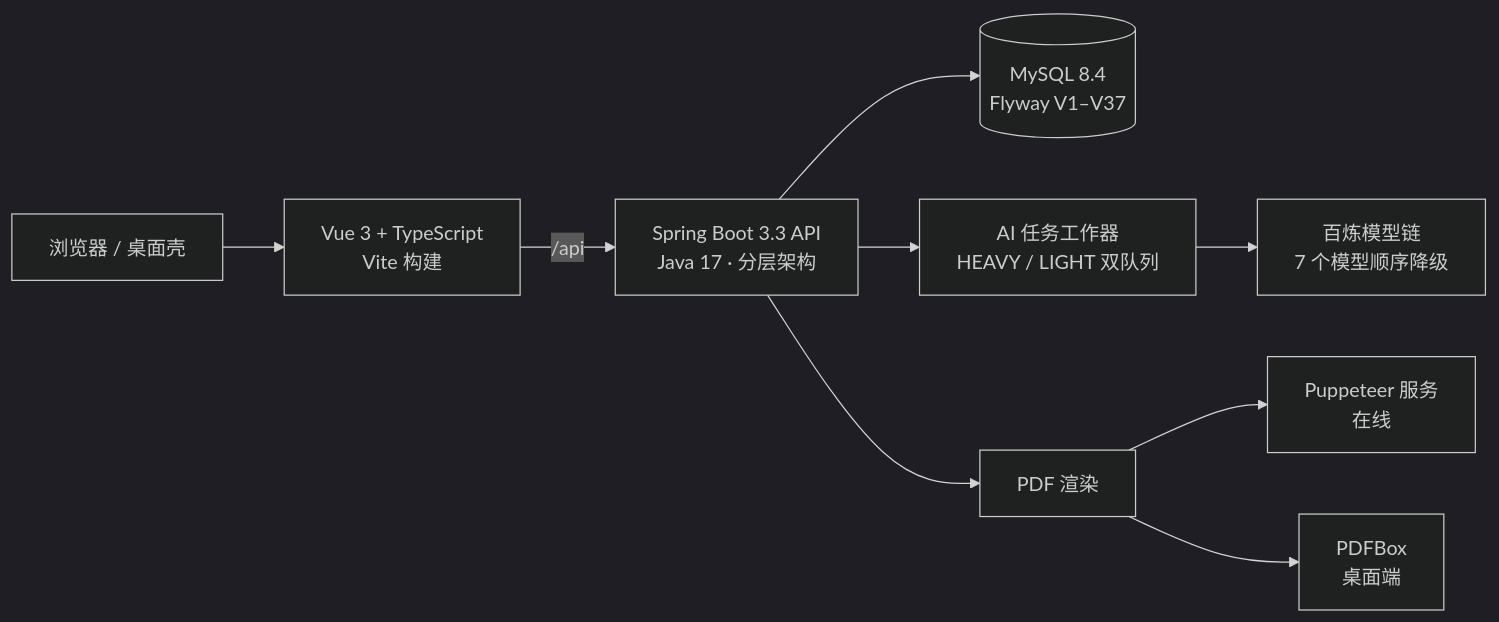
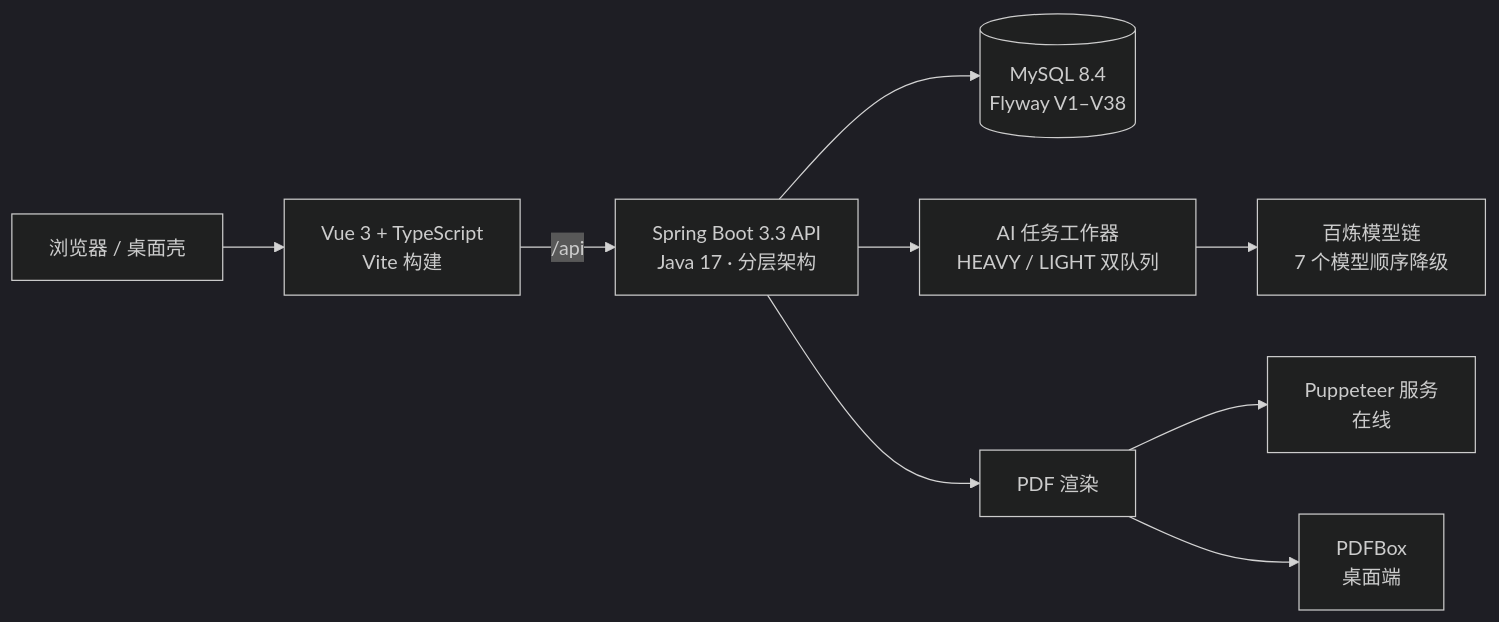
Before and after one commit to BYNekoNay/intelligent-resume-builder: the diagram in README.md, drawn with Mermaid (dark theme). The commit also changed other lines of this file and 5 other files, not shown here.

````diff
--- a/README.md
+++ b/README.md
@@ -77,11 +77,11 @@
 ```mermaid
 flowchart LR
   B["浏览器 / 桌面壳"] --> W["Vue 3 + TypeScript<br/>Vite 构建"]
   W -->|"/api"| A["Spring Boot 3.3 API<br/>Java 17 · 分层架构"]
-  A --> DB[("MySQL 8.4<br/>Flyway V1–V37")]
+  A --> DB[("MySQL 8.4<br/>Flyway V1–V38")]
   A --> WK["AI 任务工作器<br/>HEAVY / LIGHT 双队列"]
   WK --> LLM["百炼模型链<br/>7 个模型顺序降级"]
   A --> PDF["PDF 渲染"]
   PDF --> P1["Puppeteer 服务<br/>在线"]
   PDF --> P2["PDFBox<br/>桌面端"]
 ```
````
